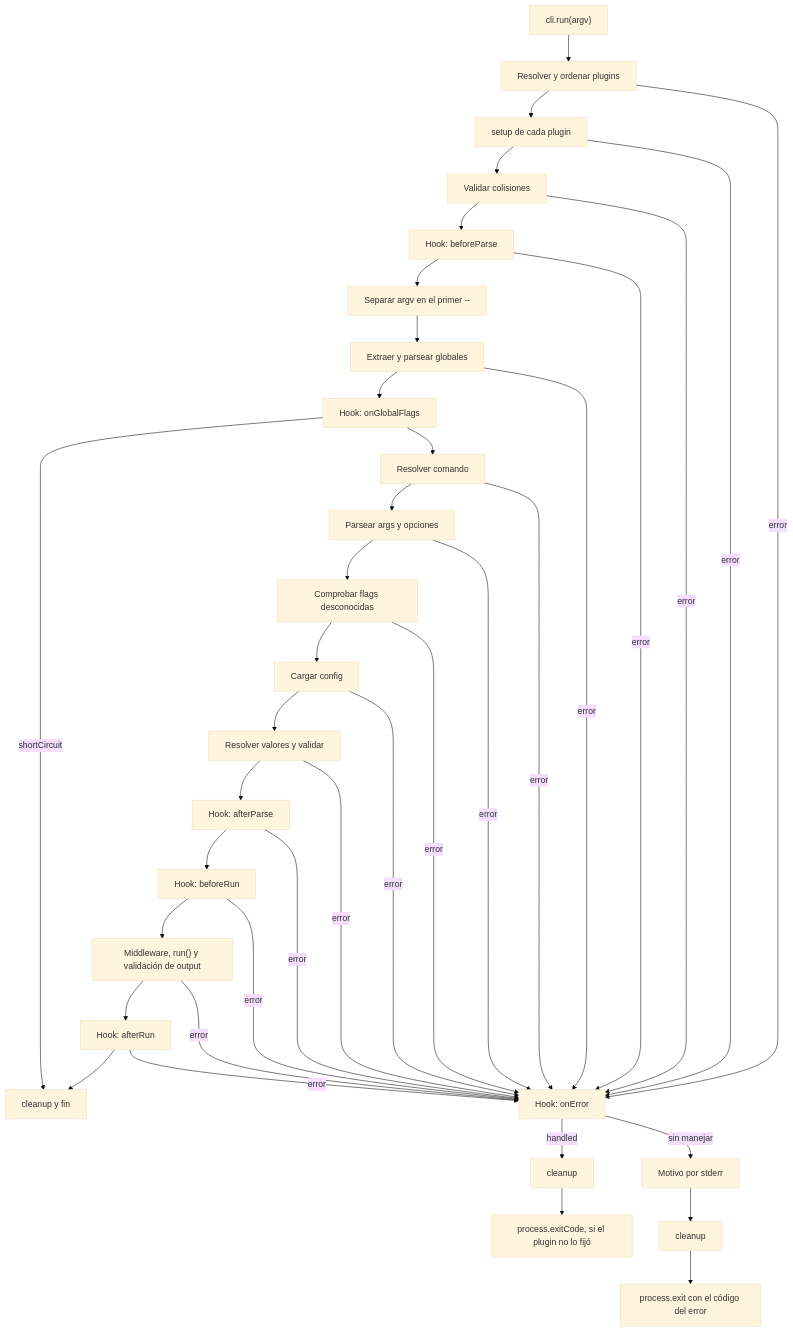
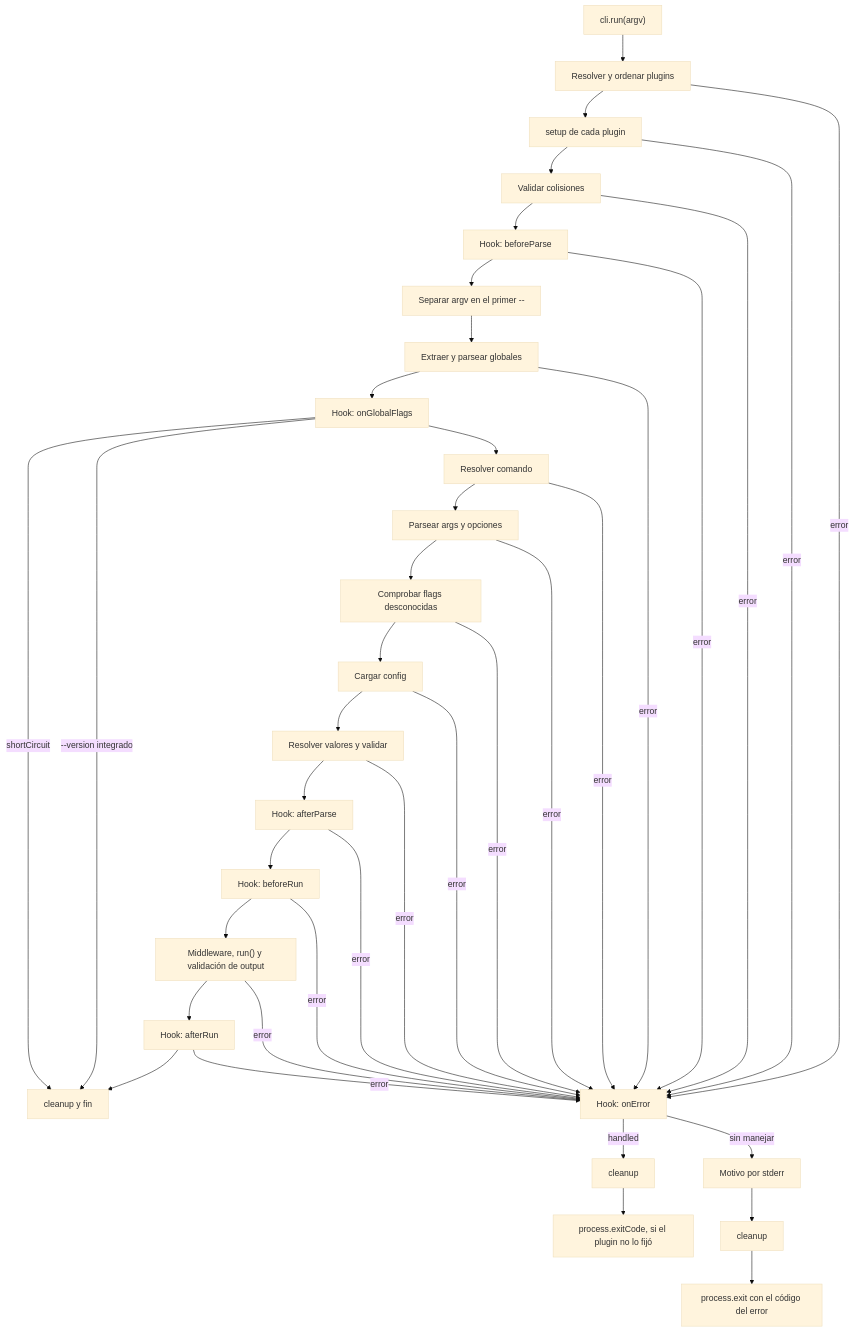
The first of 3 diagrams in docs/flows/cli-lifecycle.md (jrodrigopuca/runa-cmd), drawn with Mermaid (base theme) before and after one commit. The commit also changed other lines of this file and 36 other files, not shown here.

````diff
--- a/docs/flows/cli-lifecycle.md
+++ b/docs/flows/cli-lifecycle.md
@@ -7,27 +7,28 @@
 ```mermaid
 flowchart TD
     A["cli.run(argv)"] --> B["Resolver y ordenar plugins"]
     B --> C["setup de cada plugin"]
     C --> D["Validar colisiones"]
     D --> E["Hook: beforeParse"]
     E --> F["Separar argv en el primer --"]
     F --> G["Extraer y parsear globales"]
     G --> H["Hook: onGlobalFlags"]
     H -->|shortCircuit| Z["cleanup y fin"]
+    H -->|"--version integrado"| Z
     H --> I["Resolver comando"]
     I --> J["Parsear args y opciones"]
     J --> K["Comprobar flags desconocidas"]
     K --> L["Cargar config"]
     L --> M["Resolver valores y validar"]
     M --> N["Hook: afterParse"]
     N --> O["Hook: beforeRun"]
     O --> P["Middleware, run() y validación de output"]
     P --> Q["Hook: afterRun"]
     Q --> Z
     B & C & D & E & G & I & J & K & L & M & N & O & P & Q -->|error| R["Hook: onError"]
     R -->|handled| Y["cleanup"]
     R -->|"sin manejar"| S["Motivo por stderr"]
     S --> X["cleanup"]
     X --> W["process.exit con el código del error"]
     Y --> V["process.exitCode, si el plugin no lo fijó"]
 ```
````
